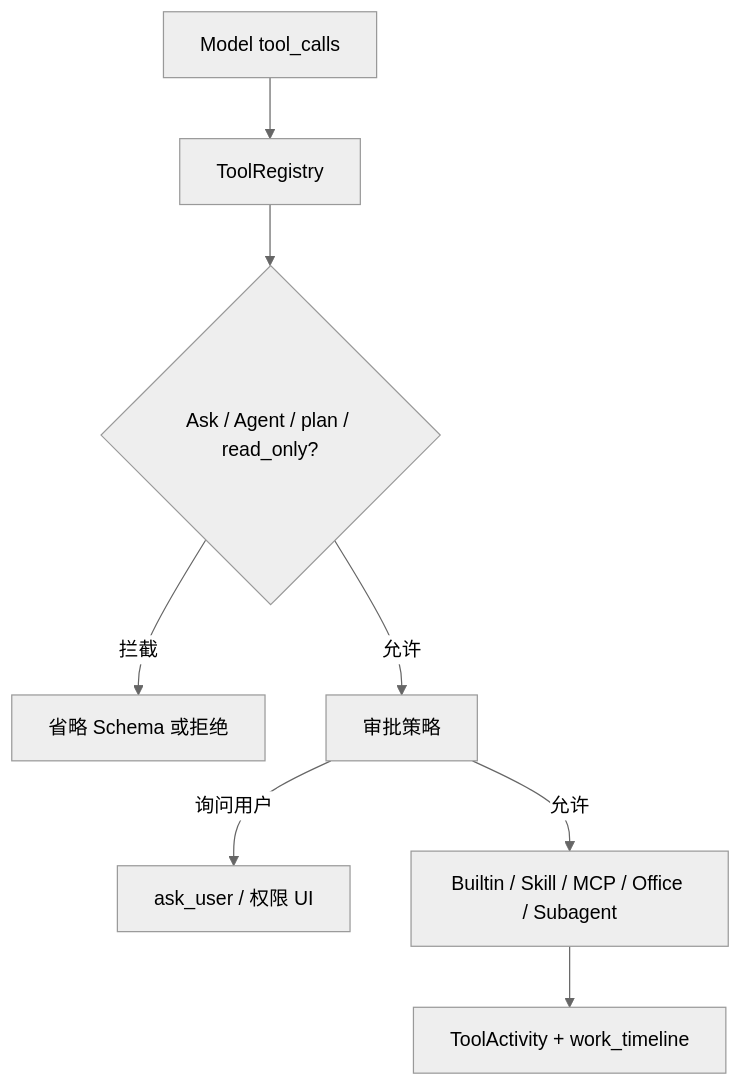
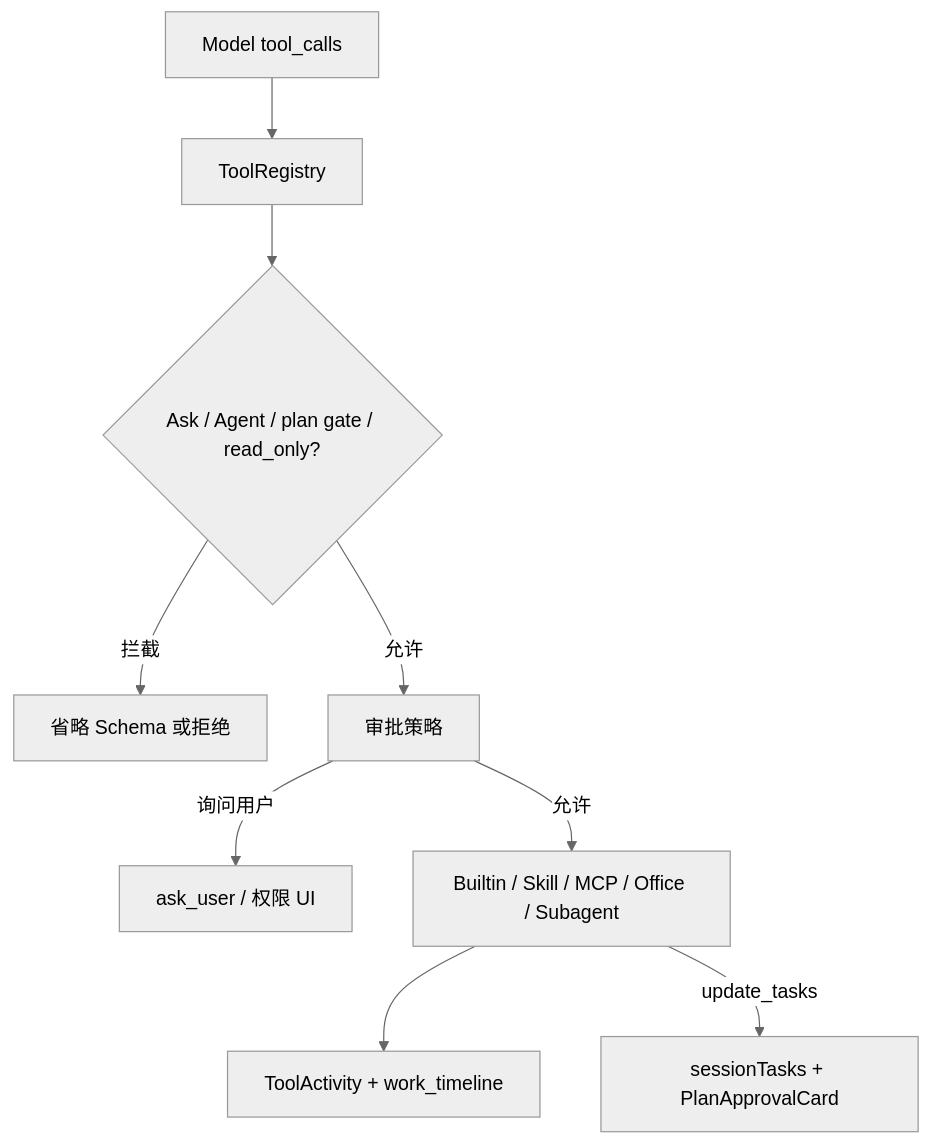
One commit to rururunu/AAAi changed diagram 11 of 12 in docs/architecture-overview.zh-CN.md. Above: the diagram before and after it, drawn with Mermaid (neutral theme). The commit also changed other lines of this file and 45 other files, not shown here.

````diff
--- a/docs/architecture-overview.zh-CN.md
+++ b/docs/architecture-overview.zh-CN.md
@@ -418,10 +456,11 @@
 ```mermaid
 flowchart TB
   Model[Model tool_calls] --> Reg[ToolRegistry]
-  Reg --> Mode{Ask / Agent / plan / read_only?}
+  Reg --> Mode{Ask / Agent / plan gate / read_only?}
   Mode -->|拦截| Deny[省略 Schema 或拒绝]
   Mode -->|允许| Appr[审批策略]
   Appr -->|询问用户| UI[ask_user / 权限 UI]
   Appr -->|允许| Exec[Builtin / Skill / MCP / Office / Subagent]
   Exec --> Act[ToolActivity + work_timeline]
+  Exec -->|update_tasks| Tasks[sessionTasks + PlanApprovalCard]
 ```
````
